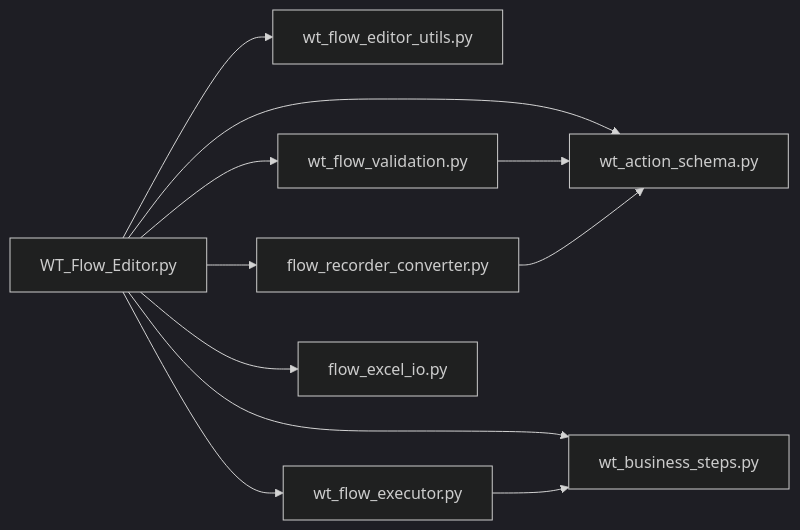
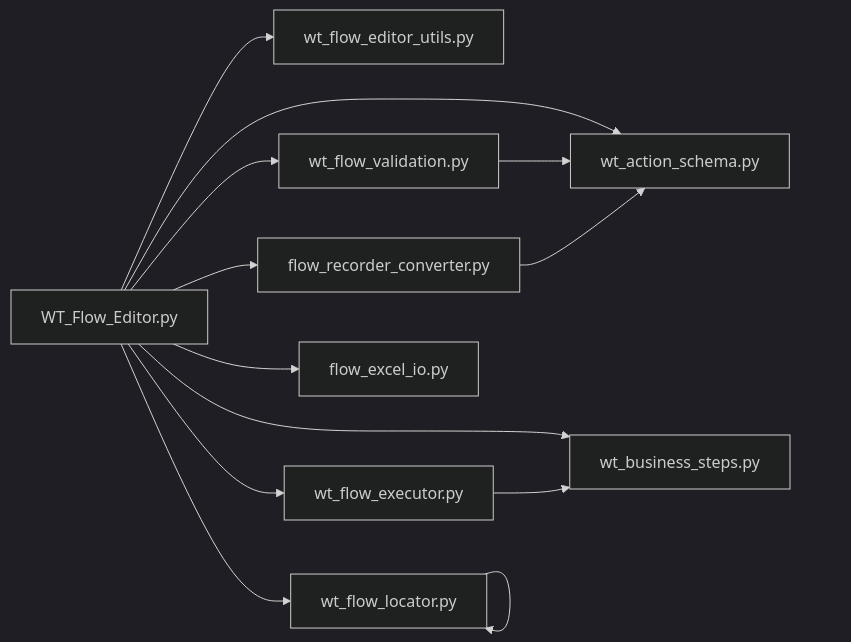
The seventh of 7 diagrams in .qoder/repowiki/zh/content/可视化工具/流程编辑器.md (hanago33/WT_Automation), drawn with Mermaid (dark theme) before and after one commit. The commit also changed other lines of this file and 247 other files, not shown here.

````diff
--- a/.qoder/repowiki/zh/content/可视化工具/流程编辑器.md
+++ b/.qoder/repowiki/zh/content/可视化工具/流程编辑器.md
@@ -337,13 +460,15 @@
 ```mermaid
 graph LR
 Editor["WT_Flow_Editor.py"] --> Utils["wt_flow_editor_utils.py"]
 Editor --> Validation["wt_flow_validation.py"]
 Editor --> Executor["wt_flow_executor.py"]
 Editor --> Schema["wt_action_schema.py"]
 Editor --> Business["wt_business_steps.py"]
 Editor --> RecorderConv["flow_recorder_converter.py"]
 Editor --> ExcelIO["flow_excel_io.py"]
+Editor --> Locator["wt_flow_locator.py"]
 Validation --> Schema
 Executor --> Business
 RecorderConv --> Schema
+Locator --> Locator
 ```
````
